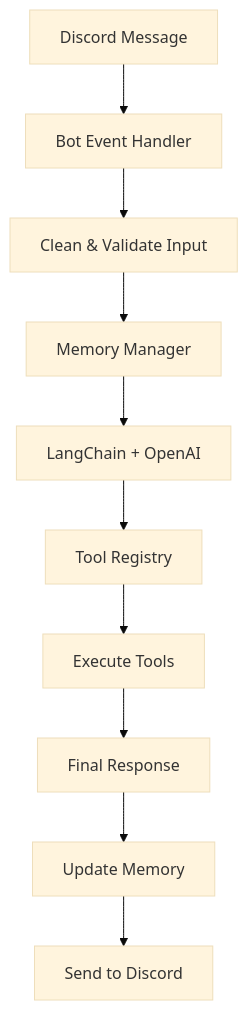
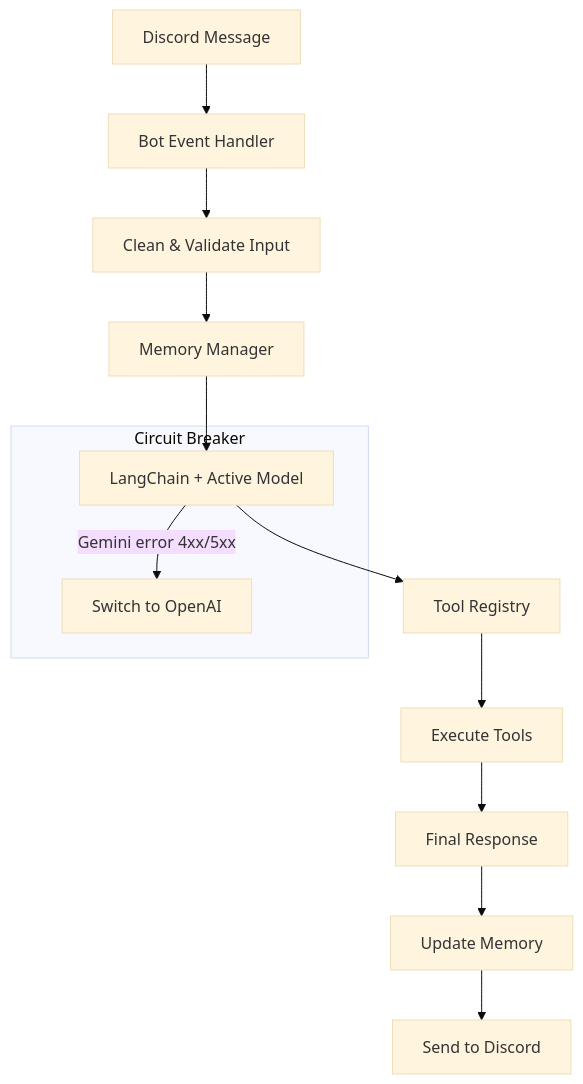
Before and after one commit to roshan-c/gaLt: the diagram in README.md, drawn with Mermaid (base theme). The commit also changed other lines of this file, not shown here.

First line of the commit message:
Update README.md to reflect new features and model integration

````diff
--- a/README.md
+++ b/README.md
@@ -267,12 +292,15 @@
 ```mermaid
 graph TD
     A[Discord Message] --> B[Bot Event Handler]
     B --> C[Clean & Validate Input]
     C --> D[Memory Manager]
-    D --> E[LangChain + OpenAI]
+    D --> E[LangChain + Active Model]
+    subgraph CB[Circuit Breaker]
+      E -->|Gemini error 4xx/5xx| Fallback[Switch to OpenAI]
+    end
     E --> F[Tool Registry]
     F --> G[Execute Tools]
     G --> H[Final Response]
     H --> I[Update Memory]
     I --> J[Send to Discord]
 ```
````
